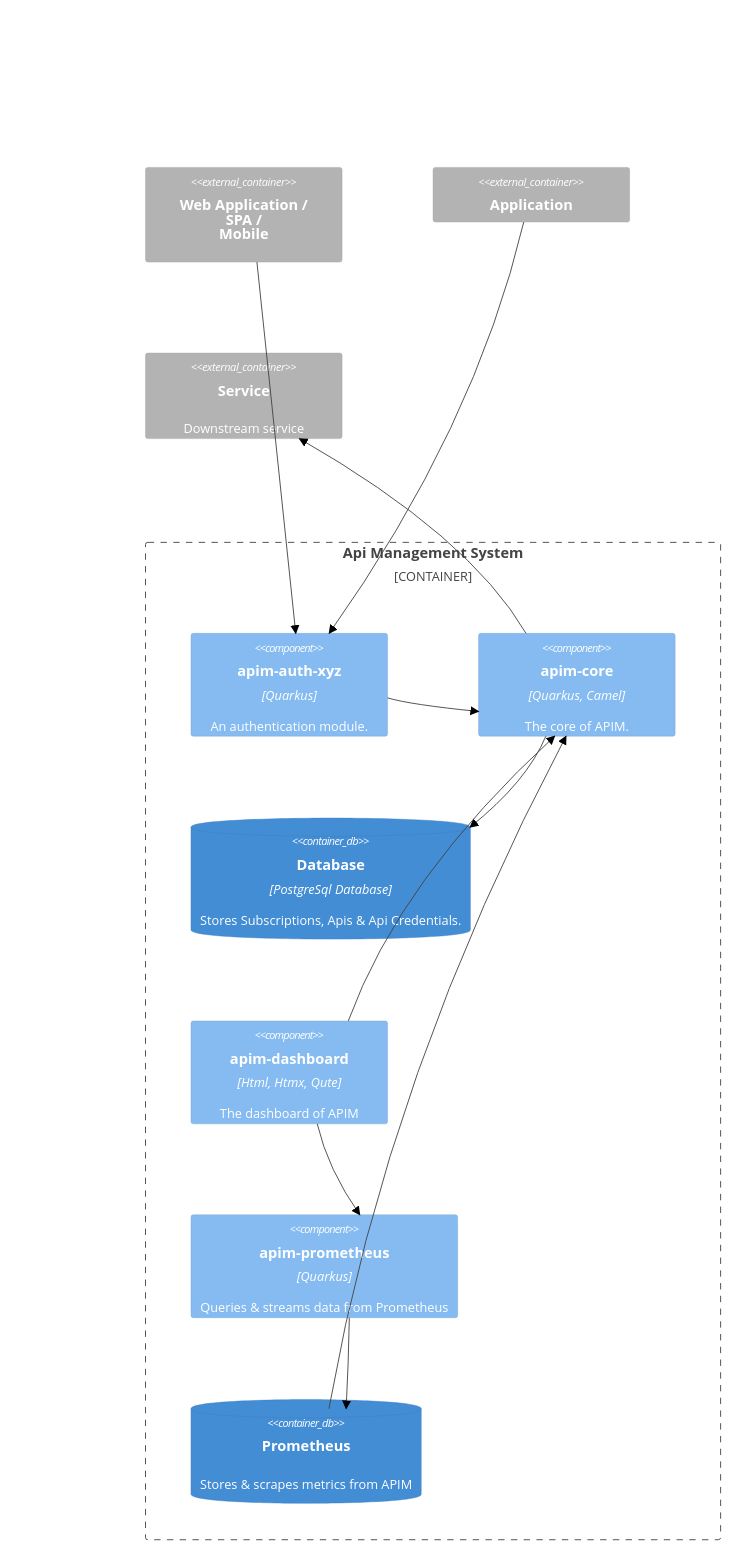
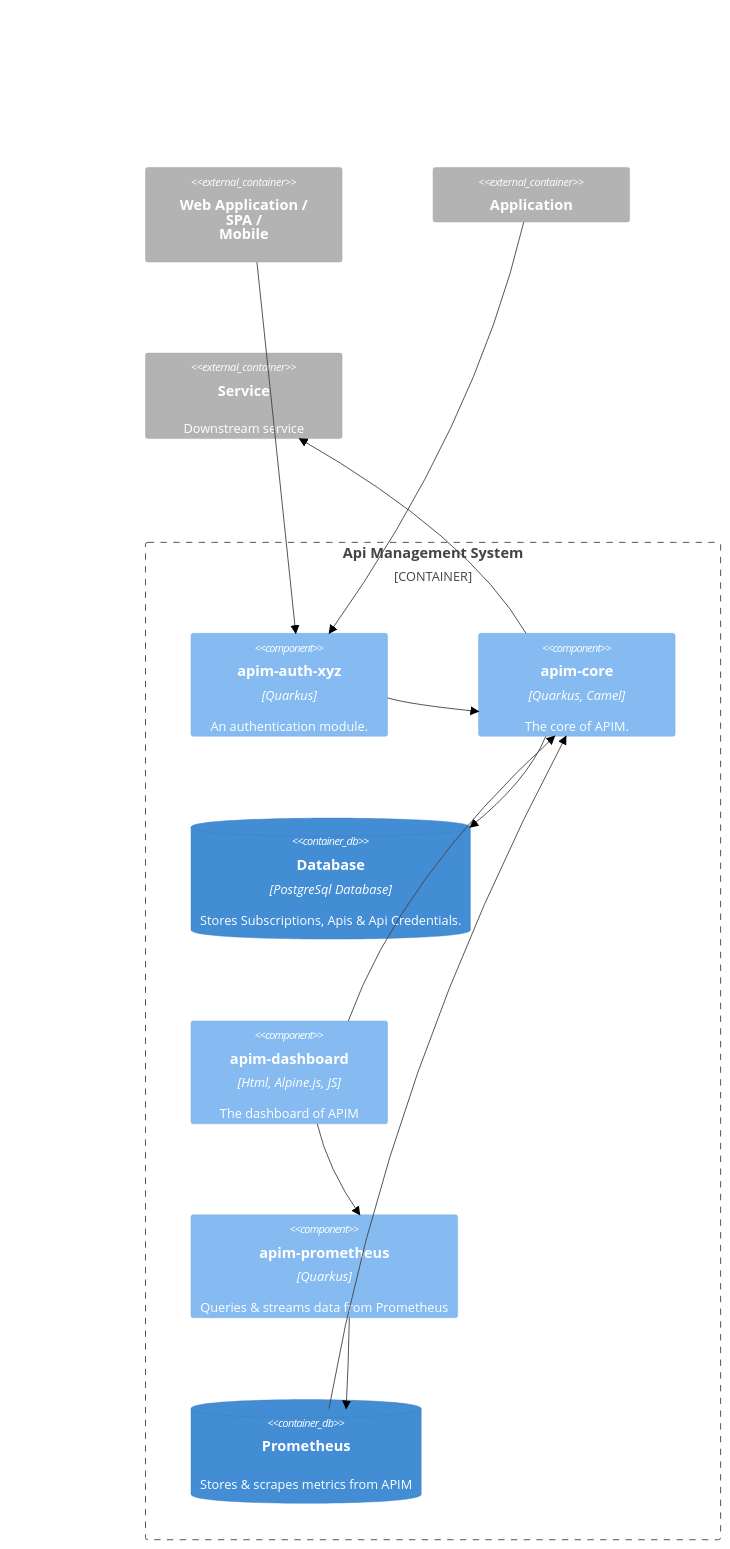
The first of 2 diagrams in README.md (Serkan80/api-management), drawn with Mermaid (neutral theme) before and after one commit.

````diff
--- a/README.md
+++ b/README.md
@@ -54,28 +54,28 @@
 ```mermaid
         C4Container
   Container_Ext(web_app, "<br/><br/>Web Application /<br/>SPA /<br/>Mobile", "", "")
   Container_Ext(service, "Application", "", "")
   Container_Ext(backend, "Service", "", "Downstream service")
   
   Container_Boundary(c1, "Api Management System") {
     Component(apim-auth, "apim-auth-xyz", "Quarkus", "An authentication module.")
     Component(apim, "apim-core", "Quarkus, Camel", "The core of APIM.")
     ContainerDb(db, "Database", "PostgreSql Database", "Stores Subscriptions, Apis & Api Credentials.")
-    Component(dashboard, "apim-dashboard", "Html, Htmx, Qute", "The dashboard of APIM")
+    Component(dashboard, "apim-dashboard", "Html, Alpine.js, JS", "The dashboard of APIM")
     Component(apim-prom, "apim-prometheus", "Quarkus", "Queries & streams data from Prometheus")
     ContainerDb(prom, "Prometheus", "", "Stores & scrapes metrics from APIM")
   }
 
   Rel(web_app, apim-auth, "", "")
   Rel(service, apim-auth, "", "")
   Rel(prom, apim, "", "")
   Rel(apim-prom, prom, "", "")
   Rel(apim-auth, apim, "", "")
   Rel(apim, db, "", "")
   Rel(dashboard, apim, "", "")
   Rel(dashboard, apim-prom, "", "")
   Rel(apim, backend, "", "")
   
   UpdateRelStyle(dashboard, apim-prom, $textColor="red", $offsetX="0", $offsetY="140")
   UpdateLayoutConfig($c4ShapeInRow="3", $c4BoundaryInRow="1")
 ```
````
